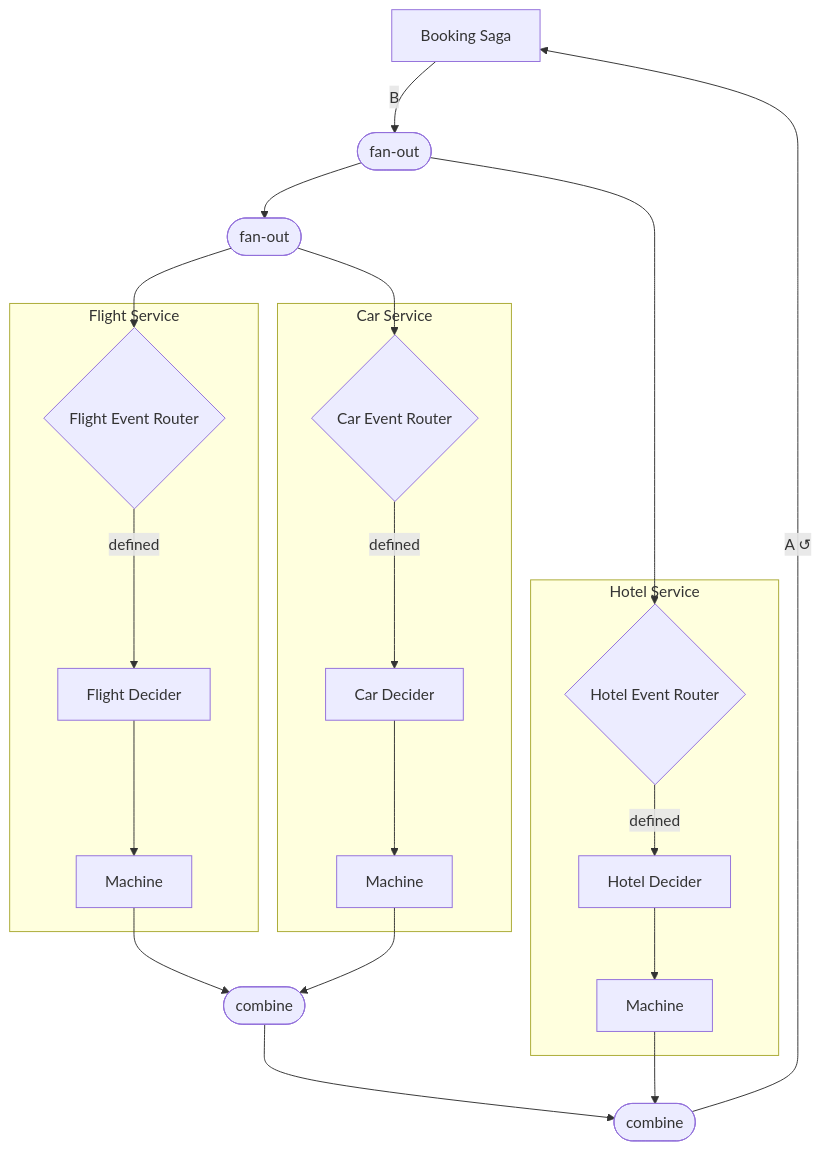
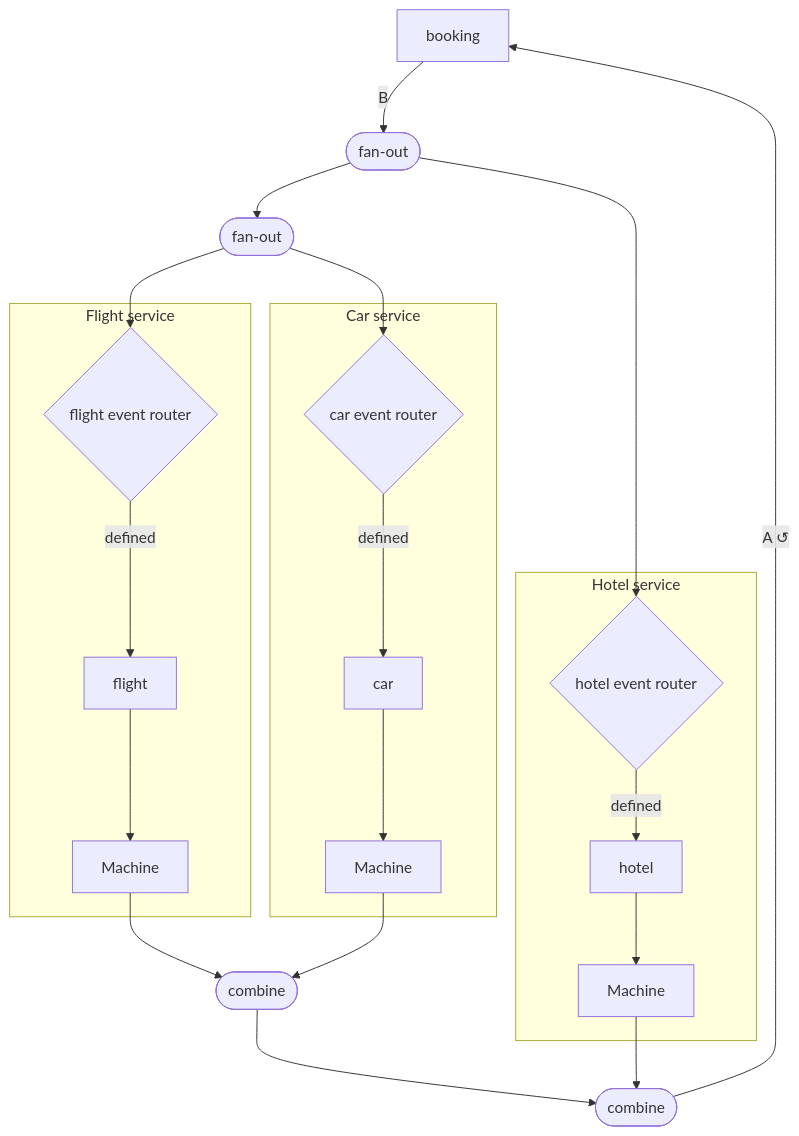
One commit to Fristi/apparatus changed the diagram in docs-src/core/mermaid.md. Above: the diagram before and after it, drawn with Mermaid. The commit also changed other lines of this file and 20 other files, not shown here.

````diff
--- a/docs-src/core/mermaid.md
+++ b/docs-src/core/mermaid.md
@@ -54,39 +54,39 @@
 ```mermaid
 graph TD
-    node_1["Booking Saga"]
+    node_1["booking"]
     fan_2(["fan-out"])
     combine_3(["combine"])
     fan_4(["fan-out"])
     combine_5(["combine"])
-    subgraph "Flight Service"
-      filter_6{"Flight Event Router"}
-      node_7["Flight Decider"]
+    subgraph "Flight service"
+      filter_6{"flight event router"}
+      node_7["flight"]
       node_8["Machine"]
     end
-    subgraph "Car Service"
-      filter_9{"Car Event Router"}
-      node_10["Car Decider"]
+    subgraph "Car service"
+      filter_9{"car event router"}
+      node_10["car"]
       node_11["Machine"]
     end
-    subgraph "Hotel Service"
-      filter_12{"Hotel Event Router"}
-      node_13["Hotel Decider"]
+    subgraph "Hotel service"
+      filter_12{"hotel event router"}
+      node_13["hotel"]
       node_14["Machine"]
     end
     filter_6 -->|defined| node_7
     node_7 --> node_8
     filter_9 -->|defined| node_10
     node_10 --> node_11
     fan_4 --> filter_6
     fan_4 --> filter_9
     node_8 --> combine_5
     node_11 --> combine_5
     filter_12 -->|defined| node_13
     node_13 --> node_14
     fan_2 --> fan_4
     fan_2 --> filter_12
     combine_5 --> combine_3
     node_14 --> combine_3
     node_1 -->|B| fan_2
     combine_3 -->|A ↺| node_1
 ```
````
